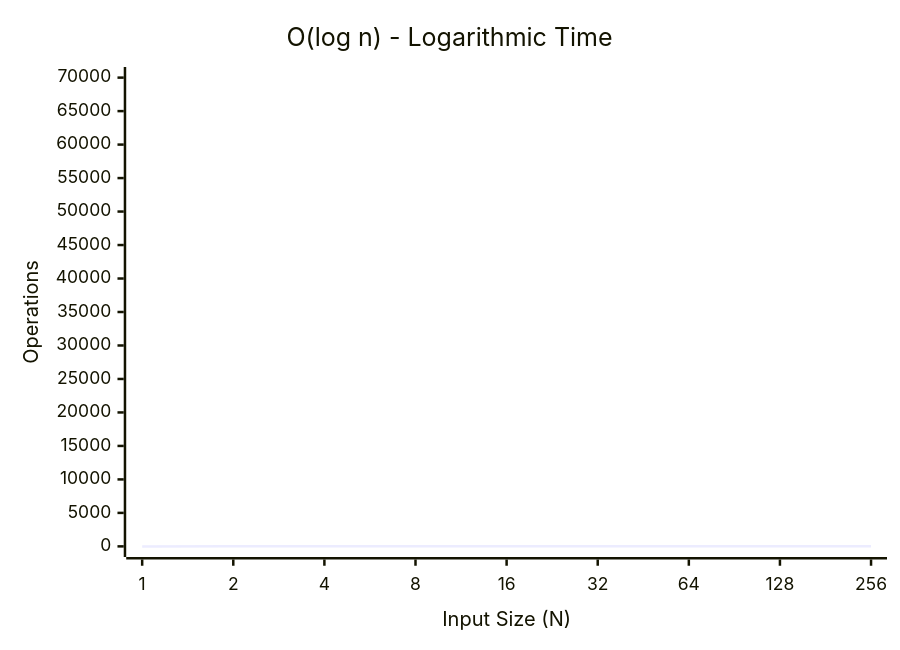
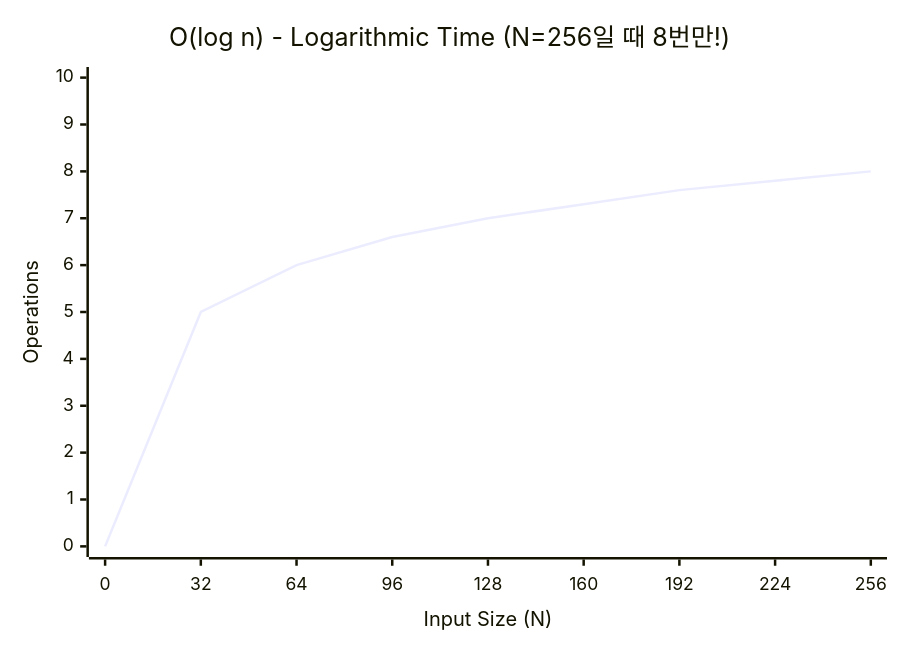
One commit to youngmin-gwon/what-i-studied changed the second of 6 diagrams in 01_inbox/algorithm/algo-complexity-and-big-o.md. Above: the diagram before and after it, drawn with Mermaid. The commit also changed other lines of this file, not shown here.

````diff
--- a/01_inbox/algorithm/algo-complexity-and-big-o.md
+++ b/01_inbox/algorithm/algo-complexity-and-big-o.md
@@ -66,7 +66,7 @@
 ```mermaid
 xychart-beta
-    title "O(log n) - Logarithmic Time"
-    x-axis "Input Size (N)" [1, 2, 4, 8, 16, 32, 64, 128, 256]
-    y-axis "Operations" 0 --> 70000
-    line "O(log n)" [0, 1, 2, 3, 4, 5, 6, 7, 8]
+    title "O(log n) - Logarithmic Time (N=256일 때 8번만!)"
+    x-axis "Input Size (N)" [0, 32, 64, 96, 128, 160, 192, 224, 256]
+    y-axis "Operations" 0 --> 10
+    line "O(log n)" [0, 5, 6, 6.6, 7, 7.3, 7.6, 7.8, 8]
 ```
````
